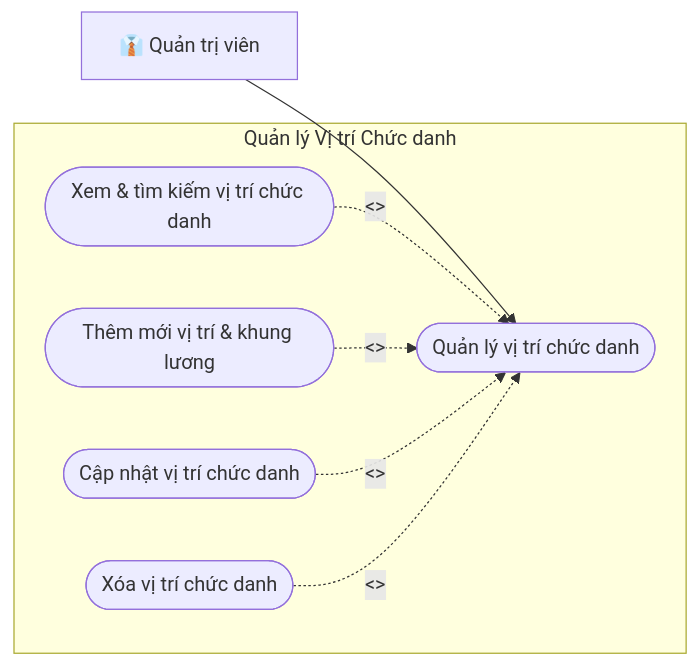
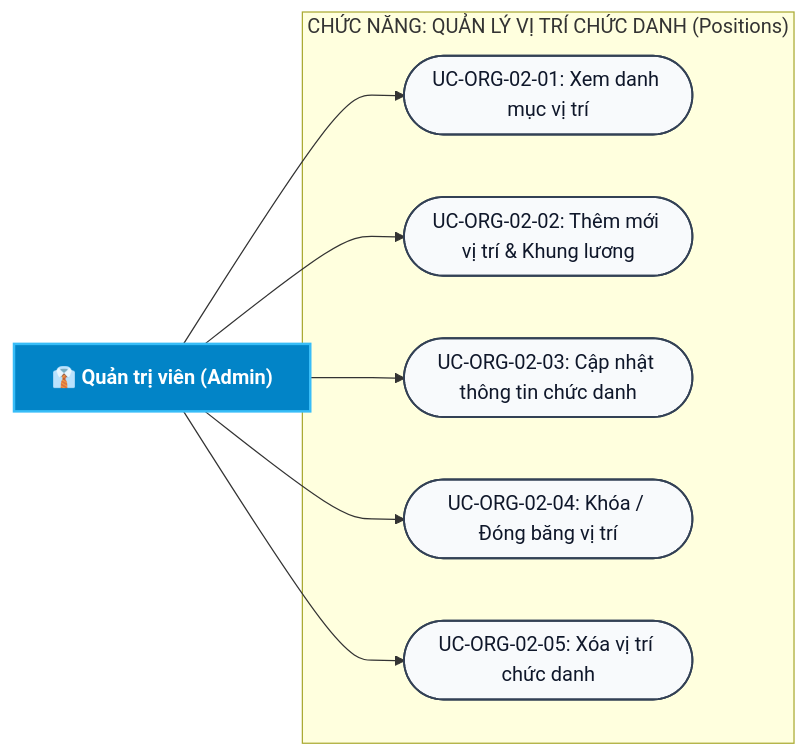
The fourth of 37 diagrams in docs/Các biểu đồ/So_Do_Use_Case_Tong_Quat_HRM.md (aye2710/HRM-DATN), drawn with Mermaid before and after one commit. The commit also changed other lines of this file and 275 other files, not shown here.

Commit message:
docs: add full UML & ERD documentation suite (Use Case, Sequence, Activity, ERD, Class Diagram) with embedded Word exports

````diff
--- a/docs/Các biểu đồ/So_Do_Use_Case_Tong_Quat_HRM.md
+++ b/docs/Các biểu đồ/So_Do_Use_Case_Tong_Quat_HRM.md
@@ -116,18 +267,23 @@
 ```mermaid
 flowchart LR
-    ADMIN["👔 Quản trị viên"]
+    ADMIN["👔 Quản trị viên (Admin)"]
 
-    subgraph UC_POS_BOX ["Quản lý Vị trí Chức danh"]
-        UC_POS(["Quản lý vị trí chức danh"])
-        UC_POS_1(["Xem & tìm kiếm vị trí chức danh"])
-        UC_POS_2(["Thêm mới vị trí & khung lương"])
-        UC_POS_3(["Cập nhật vị trí chức danh"])
-        UC_POS_4(["Xóa vị trí chức danh"])
+    subgraph FUNC_POS ["CHỨC NĂNG: QUẢN LÝ VỊ TRÍ CHỨC DANH (Positions)"]
+        UC1(["UC-ORG-02-01: Xem danh mục vị trí"])
+        UC2(["UC-ORG-02-02: Thêm mới vị trí & Khung lương"])
+        UC3(["UC-ORG-02-03: Cập nhật thông tin chức danh"])
+        UC4(["UC-ORG-02-04: Khóa / Đóng băng vị trí"])
+        UC5(["UC-ORG-02-05: Xóa vị trí chức danh"])
     end
 
-    ADMIN --> UC_POS
-    UC_POS_1 -.->|<<include>>| UC_POS
-    UC_POS_2 -.->|<<extend>>| UC_POS
-    UC_POS_3 -.->|<<extend>>| UC_POS
-    UC_POS_4 -.->|<<extend>>| UC_POS
+    ADMIN --> UC1
+    ADMIN --> UC2
+    ADMIN --> UC3
+    ADMIN --> UC4
+    ADMIN --> UC5
+
+    classDef actor fill:#0284c7,stroke:#38bdf8,stroke-width:2px,color:#ffffff,font-weight:bold;
+    classDef uc fill:#f8fafc,stroke:#334155,stroke-width:1.5px,color:#0f172a;
+    class ADMIN actor;
+    class UC1,UC2,UC3,UC4,UC5 uc;
 ```
````
